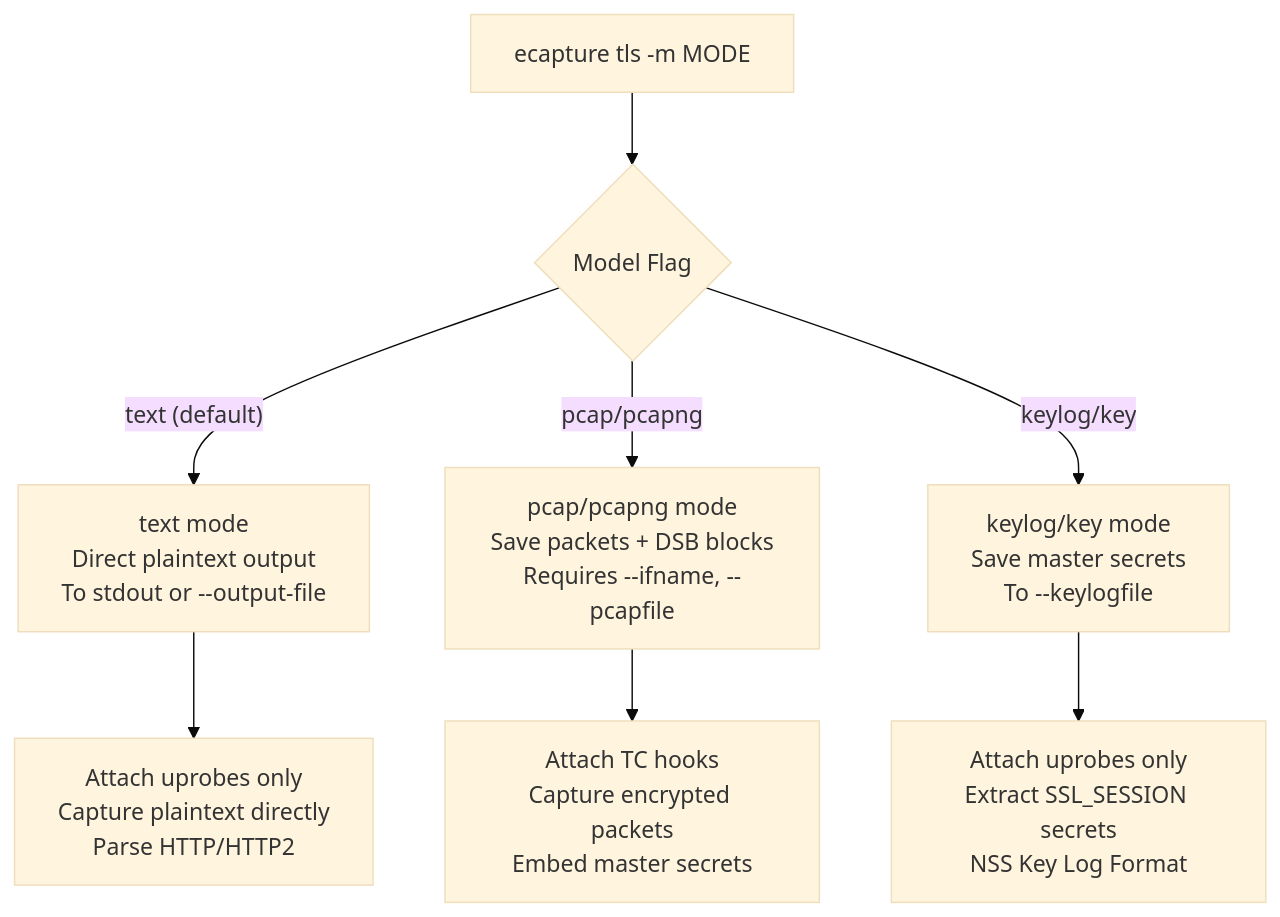
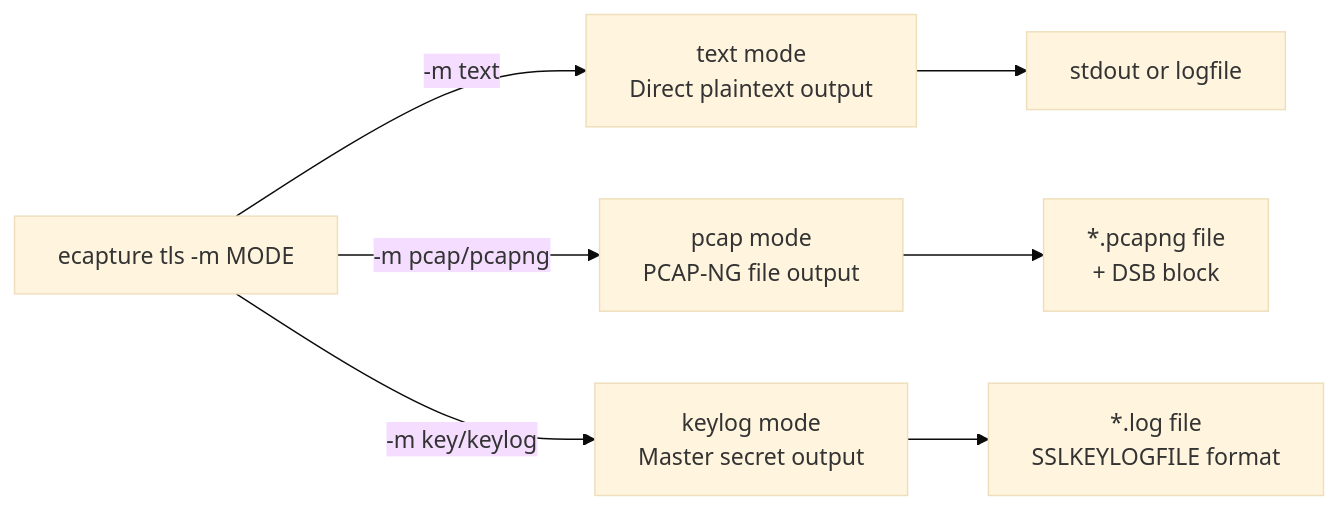
The third of 5 diagrams in src/en/1-overview/1.2-command-line-interface.md (gojue/ecapture.cc), drawn with Mermaid (base theme) before and after one commit. The commit also changed other lines of this file and 70 other files, not shown here.

Commit message:
feat: update sidebar and navigation links for architecture and shell command auditing sections

````diff
--- a/src/en/1-overview/1.2-command-line-interface.md
+++ b/src/en/1-overview/1.2-command-line-interface.md
@@ -186,19 +157,15 @@
 ```mermaid
-graph TB
-    Start["ecapture tls -m MODE"]
+graph LR
+    TLS_CMD["ecapture tls -m MODE"]
+    TEXT["text mode<br/>Direct plaintext output"]
+    PCAP["pcap mode<br/>PCAP-NG file output"]
+    KEYLOG["keylog mode<br/>Master secret output"]
     
-    CheckMode{"Model Flag"}
+    TLS_CMD -->|"-m text"| TEXT
+    TLS_CMD -->|"-m pcap/pcapng"| PCAP
+    TLS_CMD -->|"-m key/keylog"| KEYLOG
     
-    TextMode["text mode<br/>Direct plaintext output<br/>To stdout or --output-file"]
-    PcapMode["pcap/pcapng mode<br/>Save packets + DSB blocks<br/>Requires --ifname, --pcapfile"]
-    KeylogMode["keylog/key mode<br/>Save master secrets<br/>To --keylogfile"]
-    
-    Start --> CheckMode
-    CheckMode -->|"text (default)"| TextMode
-    CheckMode -->|"pcap/pcapng"| PcapMode
-    CheckMode -->|"keylog/key"| KeylogMode
-    
-    PcapMode --> TCHook["Attach TC hooks<br/>Capture encrypted packets<br/>Embed master secrets"]
-    KeylogMode --> UprobeOnly["Attach uprobes only<br/>Extract SSL_SESSION secrets<br/>NSS Key Log Format"]
-    TextMode --> UprobeText["Attach uprobes only<br/>Capture plaintext directly<br/>Parse HTTP/HTTP2"]
+    TEXT --> TEXT_OUT["stdout or logfile"]
+    PCAP --> PCAP_OUT["*.pcapng file<br/>+ DSB block"]
+    KEYLOG --> KEY_OUT["*.log file<br/>SSLKEYLOGFILE format"]
 ```
````
